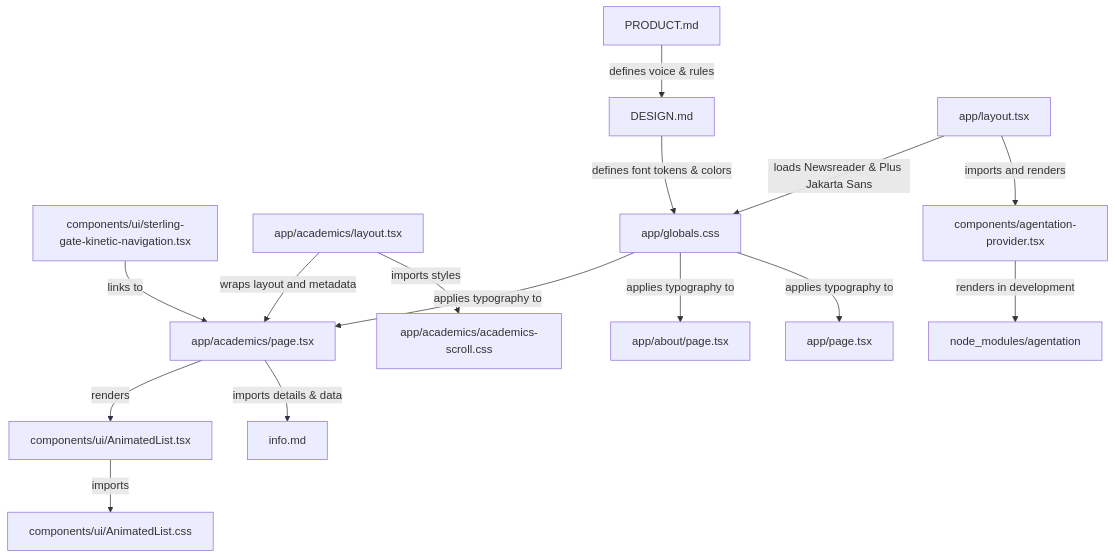
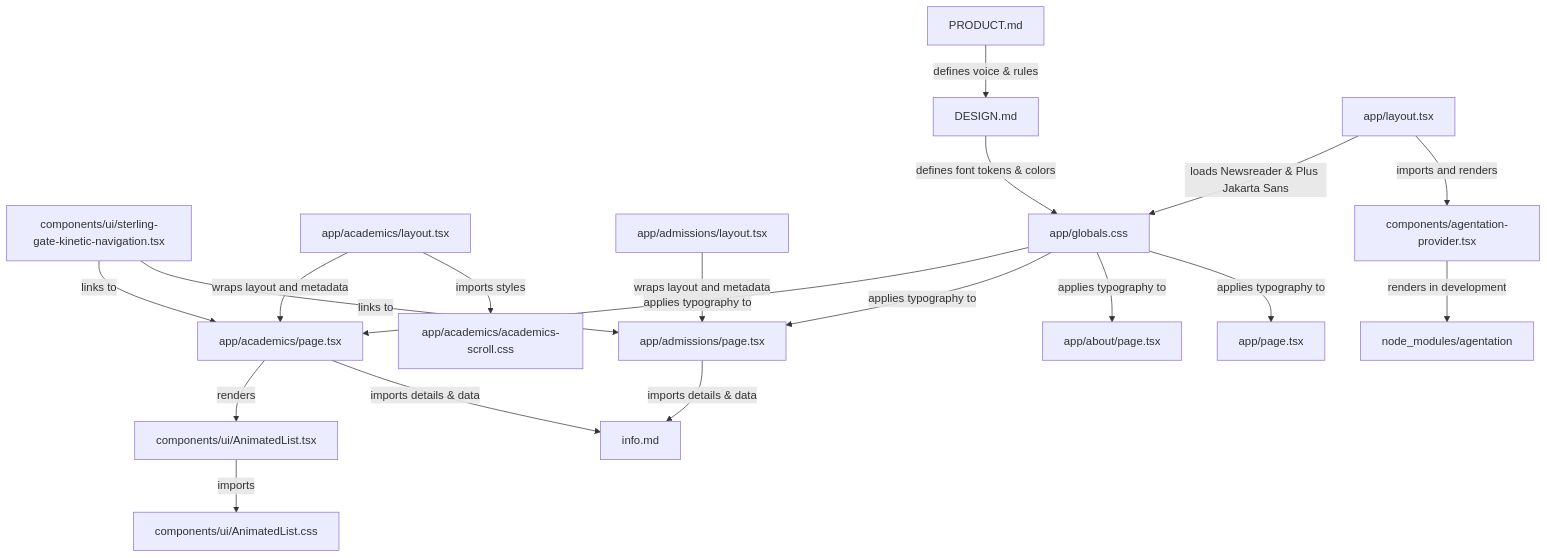
The diagram in graphify-out/GRAPH_REPORT.md (Phanivarma-hub/College-Web-Redesign), drawn with Mermaid before and after one commit. The commit also changed other lines of this file and 440 other files, not shown here.

````diff
--- a/graphify-out/GRAPH_REPORT.md
+++ b/graphify-out/GRAPH_REPORT.md
@@ -7,18 +7,22 @@
 ```mermaid
 graph TD
     Nav[components/ui/sterling-gate-kinetic-navigation.tsx] -->|links to| AcademicsPage[app/academics/page.tsx]
+    Nav -->|links to| AdmissionsPage[app/admissions/page.tsx]
     AcademicsLayout[app/academics/layout.tsx] -->|wraps layout and metadata| AcademicsPage
     AcademicsLayout -->|imports styles| ScrollCSS[app/academics/academics-scroll.css]
+    AdmissionsLayout[app/admissions/layout.tsx] -->|wraps layout and metadata| AdmissionsPage
     AcademicsPage -->|renders| AnimList[components/ui/AnimatedList.tsx]
     AnimList -->|imports| AnimListCSS[components/ui/AnimatedList.css]
     AcademicsPage -->|imports details & data| InfoData[info.md]
+    AdmissionsPage -->|imports details & data| InfoData
     
     ProductCtx[PRODUCT.md] -->|defines voice & rules| DesignSys[DESIGN.md]
     DesignSys -->|defines font tokens & colors| GlobalCSS[app/globals.css]
     LayoutTSX[app/layout.tsx] -->|loads Newsreader & Plus Jakarta Sans| GlobalCSS
     LayoutTSX -->|imports and renders| AgentationProvider[components/agentation-provider.tsx]
     AgentationProvider -->|renders in development| Agentation[node_modules/agentation]
     GlobalCSS -->|applies typography to| AcademicsPage
+    GlobalCSS -->|applies typography to| AdmissionsPage
     GlobalCSS -->|applies typography to| AboutPage[app/about/page.tsx]
     GlobalCSS -->|applies typography to| HomePage[app/page.tsx]
 ```
````
